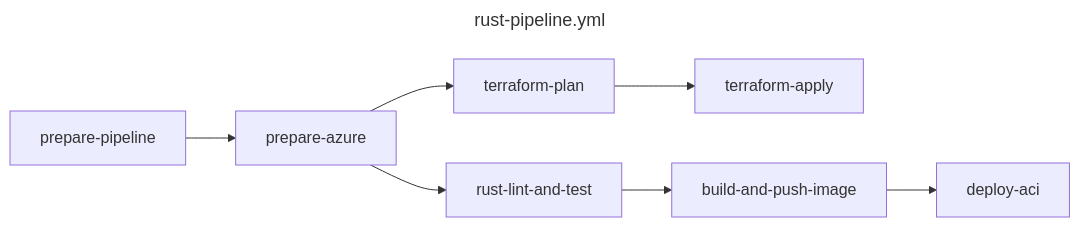
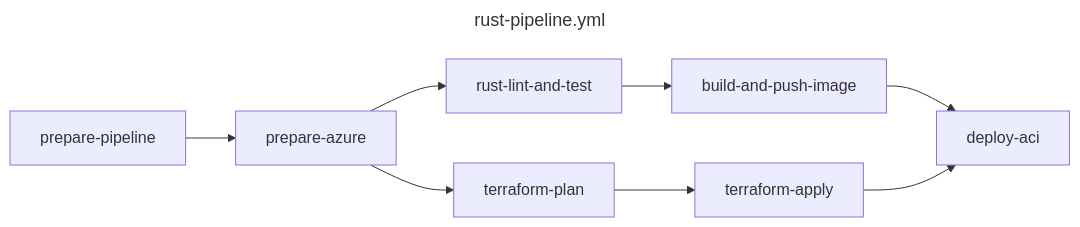
One commit to lerpz-com/github-actions changed the diagram in README.md. Above: the diagram before and after it, drawn with Mermaid. The commit also changed 2 other files, not shown here.

Commit message:
Output TF plan

````diff
--- a/README.md
+++ b/README.md
@@ -11,12 +11,13 @@
 ```mermaid
 ---
 title: rust-pipeline.yml
 ---
 flowchart LR;
     PP[prepare-pipeline] --> PA[prepare-azure]
     PA --> TP[terraform-plan]
     TP --> TA[terraform-apply]
     PA --> RLAT[rust-lint-and-test]
     RLAT --> BAPI[build-and-push-image]
     BAPI --> DA[deploy-aci]
+    TA --> DA
 ```
````
